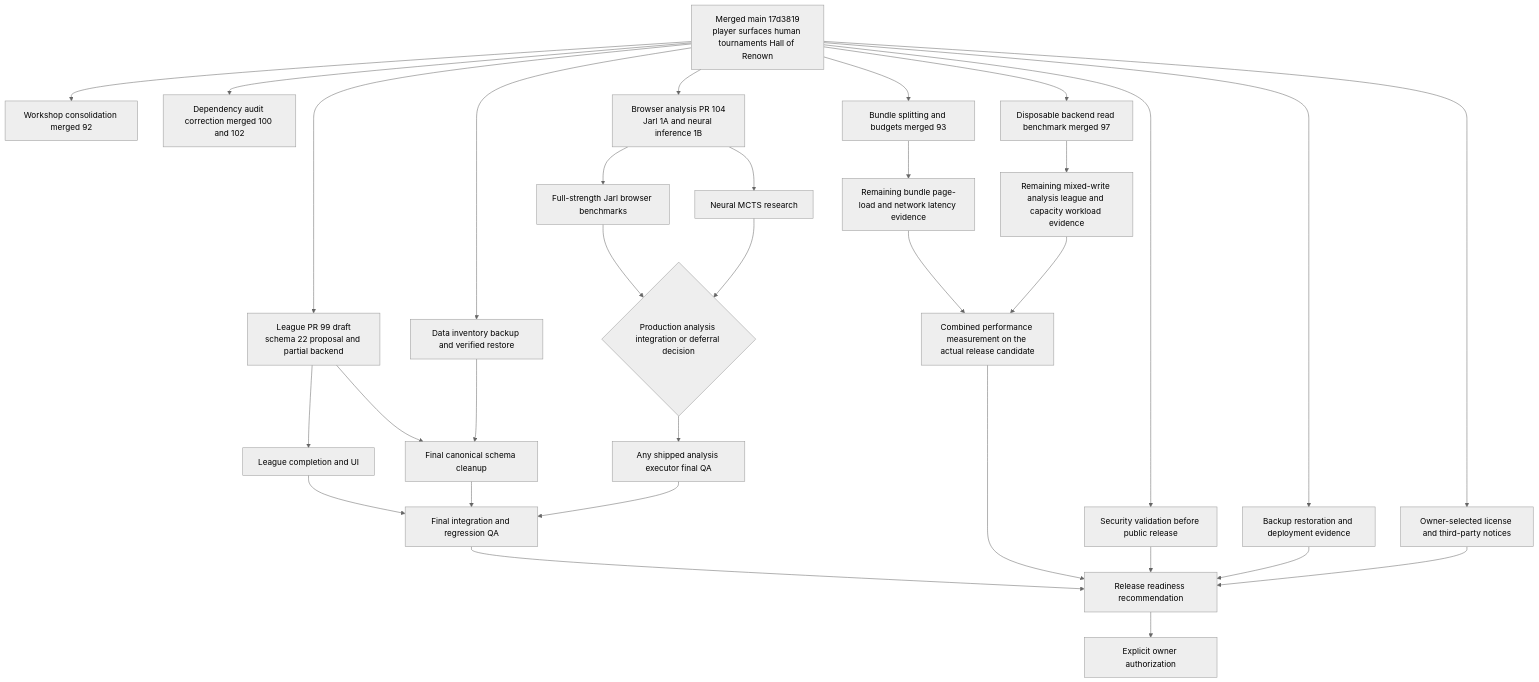
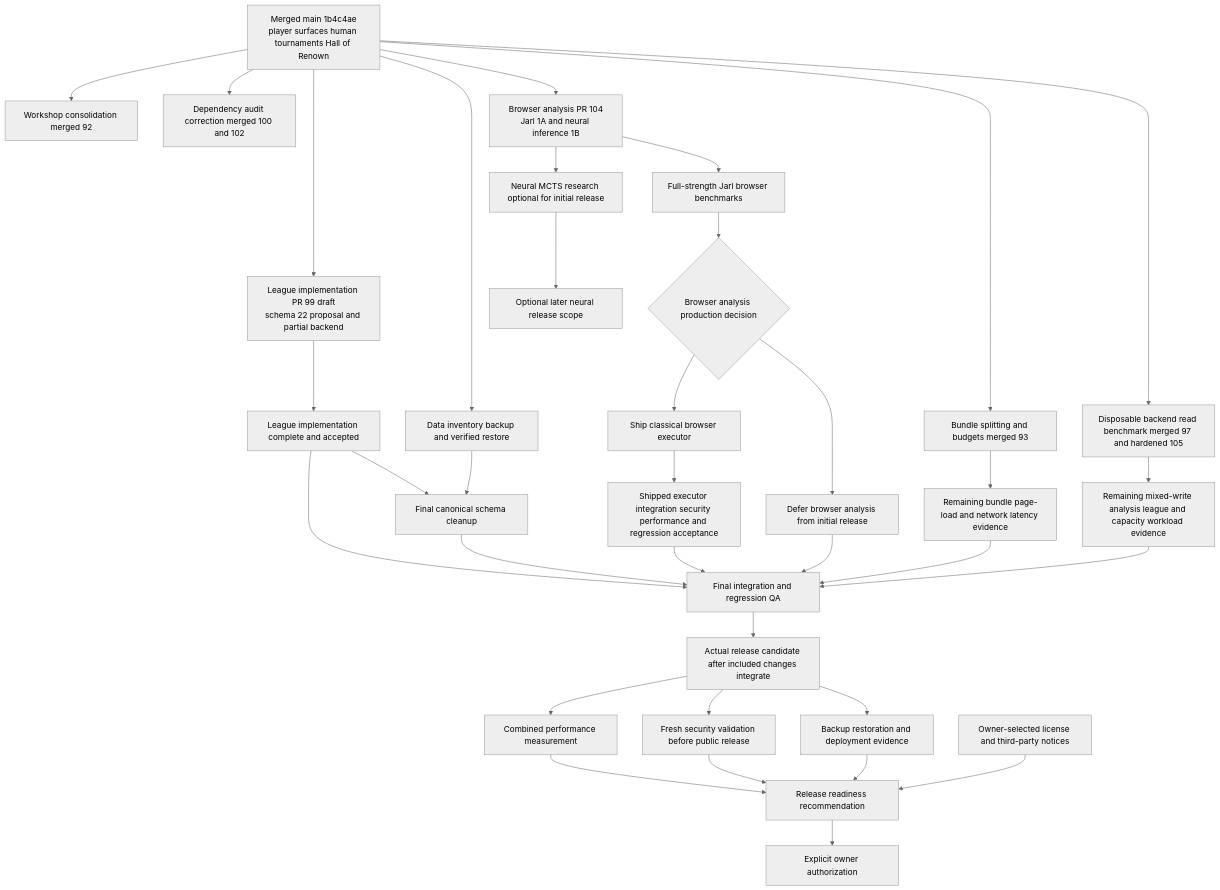
Before and after one commit to freeDom-/hnefatafl: the diagram in docs/designs/arena-current-completeness.md, drawn with Mermaid (neutral theme). The commit also changed other lines of this file and 1 other file, not shown here.

Commit message:
docs: correct online security wording and roadmap dependencies

````diff
--- a/docs/designs/arena-current-completeness.md
+++ b/docs/designs/arena-current-completeness.md
@@ -216,39 +221,47 @@
 ```mermaid
 flowchart TD
-  M[Merged main 17d3819<br/>player surfaces human tournaments Hall of Renown]
+  M[Merged main 1b4c4ae<br/>player surfaces human tournaments Hall of Renown]
   W[Workshop consolidation merged 92]
   AUD[Dependency audit correction merged 100 and 102]
   B[Bundle splitting and budgets merged 93]
-  R[Disposable backend read benchmark merged 97]
+  R[Disposable backend read benchmark merged 97 and hardened 105]
   M --> W
   M --> AUD
   M --> B
   M --> R
-  M --> L[League PR 99 draft<br/>schema 22 proposal and partial backend]
-  L --> LU[League completion and UI]
-  L --> SC[Final canonical schema cleanup]
+
+  M --> L[League implementation PR 99 draft<br/>schema 22 proposal and partial backend]
+  L --> LU[League implementation complete and accepted]
+  LU --> SC[Final canonical schema cleanup]
   M --> DI[Data inventory backup and verified restore]
   DI --> SC
+
   LU --> QA[Final integration and regression QA]
   SC --> QA
+
   M --> BX[Browser analysis PR 104<br/>Jarl 1A and neural inference 1B]
   BX --> BJ[Full-strength Jarl browser benchmarks]
-  BX --> NM[Neural MCTS research]
-  BJ --> AD{Production analysis integration or deferral decision}
-  NM --> AD
-  AD --> AX[Any shipped analysis executor final QA]
+  BX --> NM[Neural MCTS research optional for initial release]
+  BJ --> AD{Browser analysis production decision}
+  AD --> SHIP[Ship classical browser executor]
+  AD --> DEFER[Defer browser analysis from initial release]
+  SHIP --> AX[Shipped executor integration security performance and regression acceptance]
   AX --> QA
+  DEFER --> QA
+  NM --> LATER[Optional later neural release scope]
+
   B --> P1[Remaining bundle page-load and network latency evidence]
   R --> P2[Remaining mixed-write analysis league and capacity workload evidence]
-  P1 --> PERF[Combined performance measurement on the actual release candidate]
-  P2 --> PERF
-  M --> SEC[Security validation before public release]
-  M --> DEP[Backup restoration and deployment evidence]
-  M --> LIC[Owner-selected license and third-party notices]
-  QA --> REL[Release readiness recommendation]
-  PERF --> REL
+  P1 --> QA
+  P2 --> QA
+
+  QA --> CAND[Actual release candidate after included changes integrate]
+  CAND --> PERF[Combined performance measurement]
+  CAND --> SEC[Fresh security validation before public release]
+  CAND --> DEP[Backup restoration and deployment evidence]
+  PERF --> REL[Release readiness recommendation]
   SEC --> REL
   DEP --> REL
-  LIC --> REL
+  LIC[Owner-selected license and third-party notices] --> REL
   REL --> OWN[Explicit owner authorization]
 ```
````
